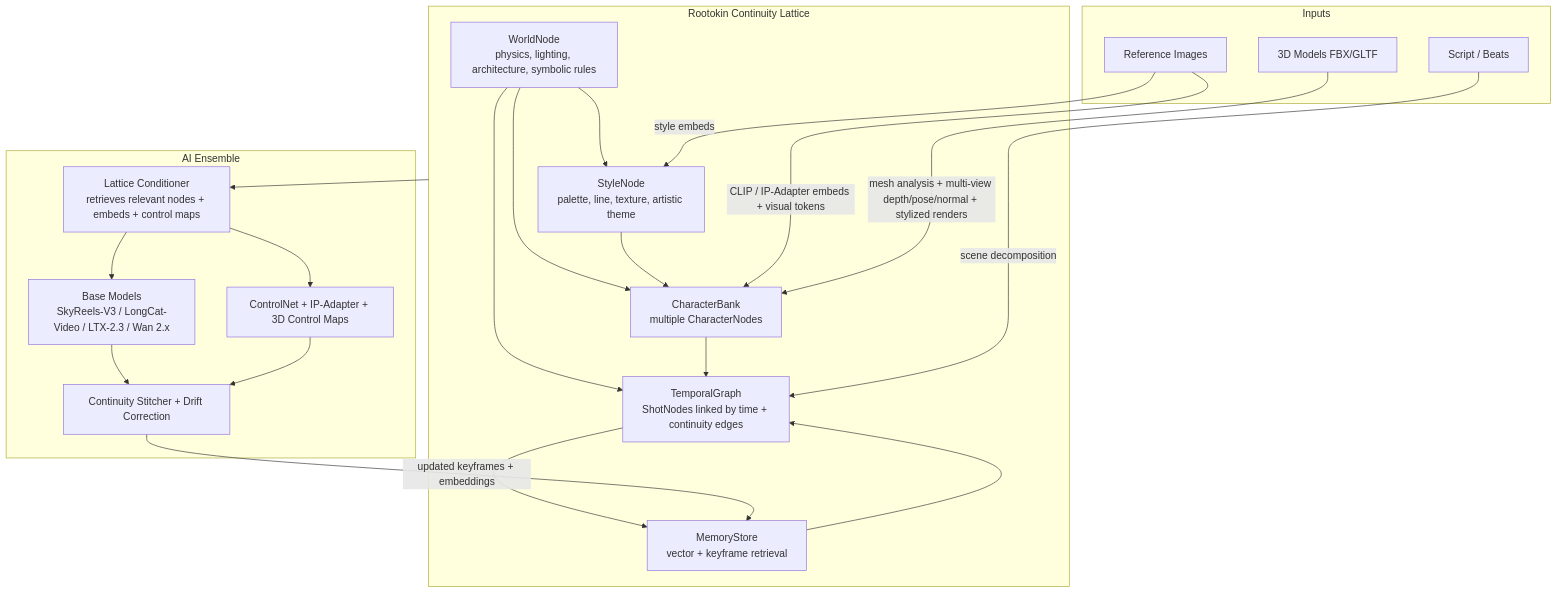
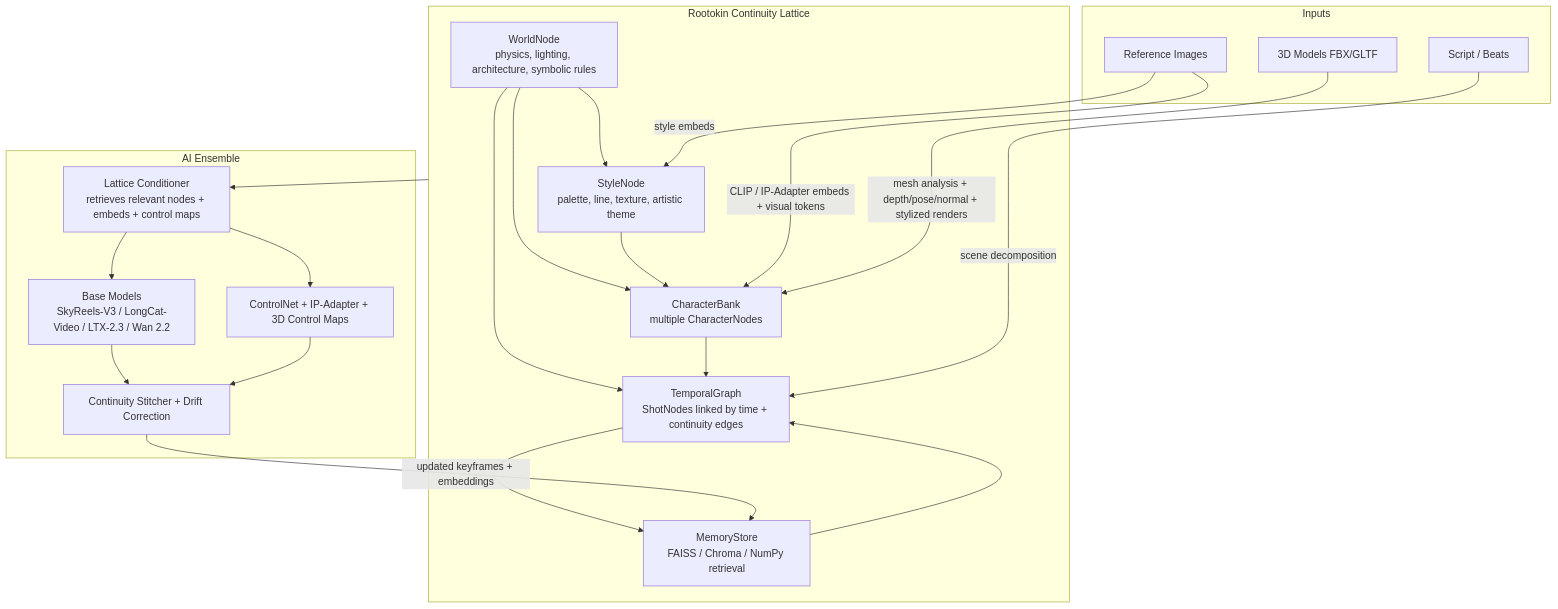
One commit to ninjanyco/Rootokin-Animation-Ai- changed the diagram in README.md. Above: the diagram before and after it, drawn with Mermaid. The commit also changed other lines of this file and 6 other files, not shown here.

Commit message:
Implement FAISS lattice memory upgrade

````diff
--- a/README.md
+++ b/README.md
@@ -7,43 +56,43 @@
 ```mermaid
 graph TD
     subgraph Lattice["Rootokin Continuity Lattice"]
         W[WorldNode<br/>physics, lighting, architecture, symbolic rules]
         S[StyleNode<br/>palette, line, texture, artistic theme]
         C[CharacterBank<br/>multiple CharacterNodes]
         T[TemporalGraph<br/>ShotNodes linked by time + continuity edges]
-        M[MemoryStore<br/>vector + keyframe retrieval]
+        M[MemoryStore<br/>FAISS / Chroma / NumPy retrieval]
 
         W --> S
         W --> C
         W --> T
         S --> C
         C --> T
         T --> M
         M --> T
     end
 
     subgraph Inputs
         IMG[Reference Images]
         D3[3D Models FBX/GLTF]
         SCRIPT[Script / Beats]
     end
 
     IMG -->|CLIP / IP-Adapter embeds + visual tokens| C
     IMG -->|style embeds| S
-    D3 -->|mesh analysis + multi-view depth/pose/normal + stylized renders| C
+    D3 -->|mesh analysis + depth/pose/normal + stylized renders| C
     SCRIPT -->|scene decomposition| T
 
     subgraph Generator["AI Ensemble"]
         LATTICE_COND[Lattice Conditioner<br/>retrieves relevant nodes + embeds + control maps]
-        BASE[Base Models<br/>SkyReels-V3 / LongCat-Video / LTX-2.3 / Wan 2.x]
+        BASE[Base Models<br/>SkyReels-V3 / LongCat-Video / LTX-2.3 / Wan 2.2]
         CTRL[ControlNet + IP-Adapter + 3D Control Maps]
         STITCH[Continuity Stitcher + Drift Correction]
     end
 
     Lattice --> LATTICE_COND
     LATTICE_COND --> BASE
     LATTICE_COND --> CTRL
     BASE --> STITCH
     CTRL --> STITCH
     STITCH -->|updated keyframes + embeddings| M
 ```
````
